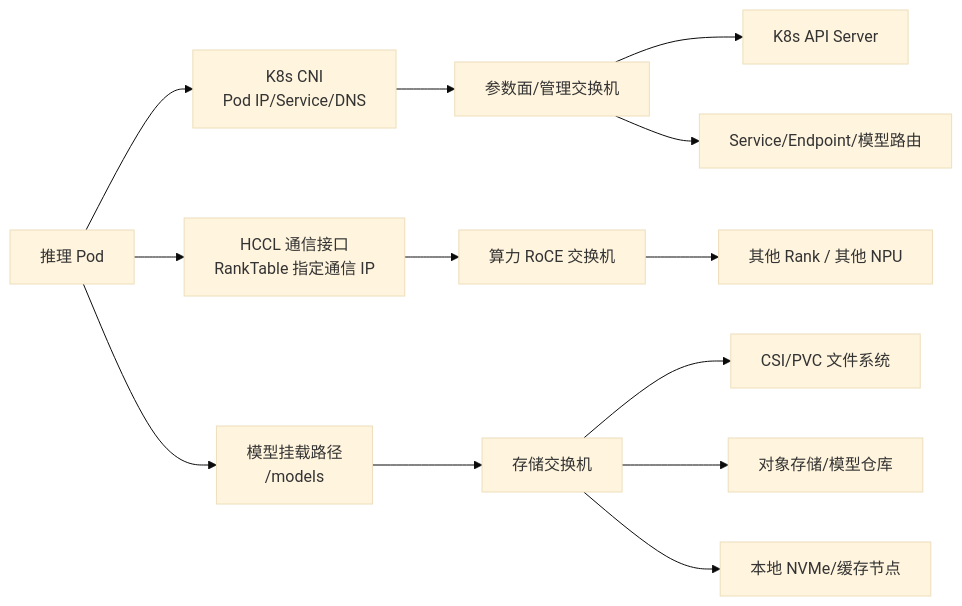
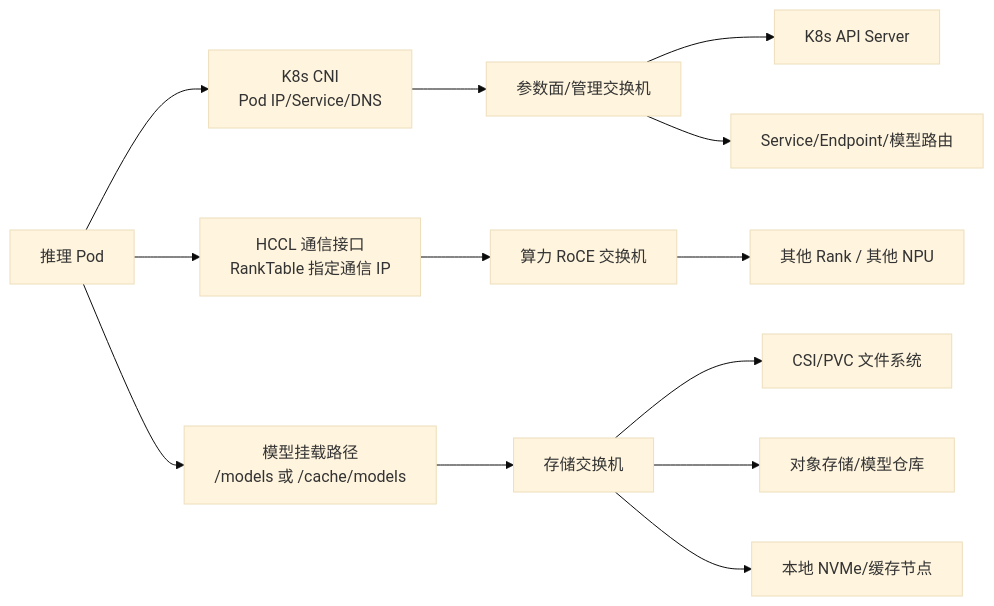
Before and after one commit to yimingren30/12306: the fifth of 7 diagrams in docs/ai-computing-center-network-fault-sharing.md, drawn with Mermaid (base theme). The commit also changed other lines of this file, not shown here.

````diff
--- a/docs/ai-computing-center-network-fault-sharing.md
+++ b/docs/ai-computing-center-network-fault-sharing.md
@@ -3209,18 +3031,18 @@
 ```mermaid
 flowchart LR
     Pod[推理 Pod] --> CNI[K8s CNI<br/>Pod IP/Service/DNS]
     Pod --> HCCL[HCCL 通信接口<br/>RankTable 指定通信 IP]
-    Pod --> Mount[模型挂载路径<br/>/models]
+    Pod --> Mount[模型挂载路径<br/>/models 或 /cache/models]
 
     CNI --> MgmtSwitch[参数面/管理交换机]
     MgmtSwitch --> APIServer[K8s API Server]
     MgmtSwitch --> Service[Service/Endpoint/模型路由]
 
     HCCL --> ComputeSwitch[算力 RoCE 交换机]
     ComputeSwitch --> OtherRank[其他 Rank / 其他 NPU]
 
     Mount --> StorageSwitch[存储交换机]
     StorageSwitch --> PVC[CSI/PVC 文件系统]
     StorageSwitch --> Object[对象存储/模型仓库]
     StorageSwitch --> Cache[本地 NVMe/缓存节点]
 ```
````
